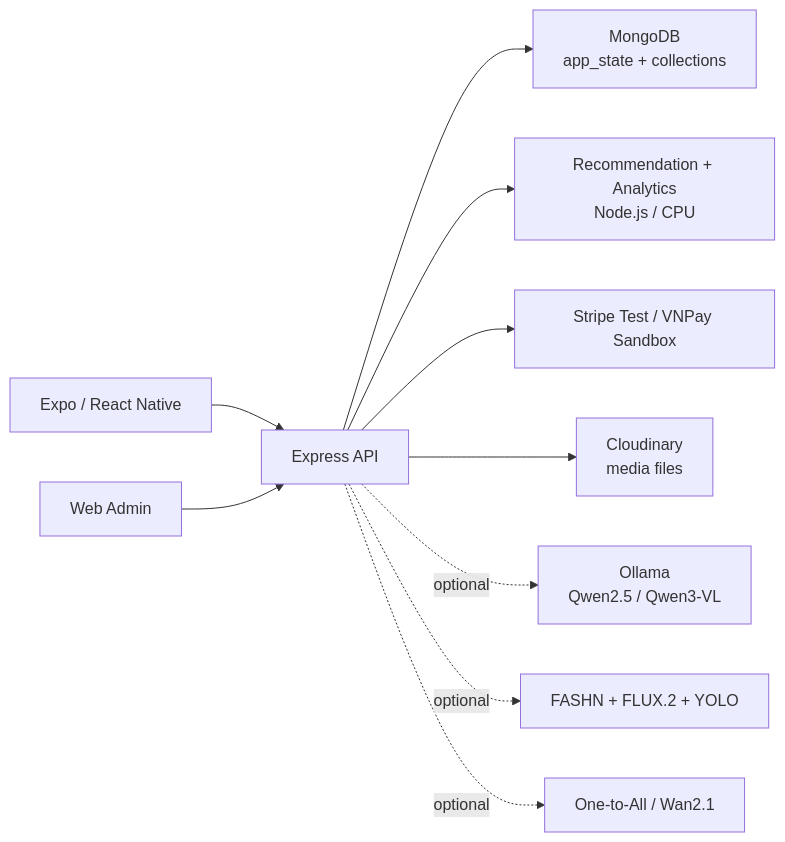
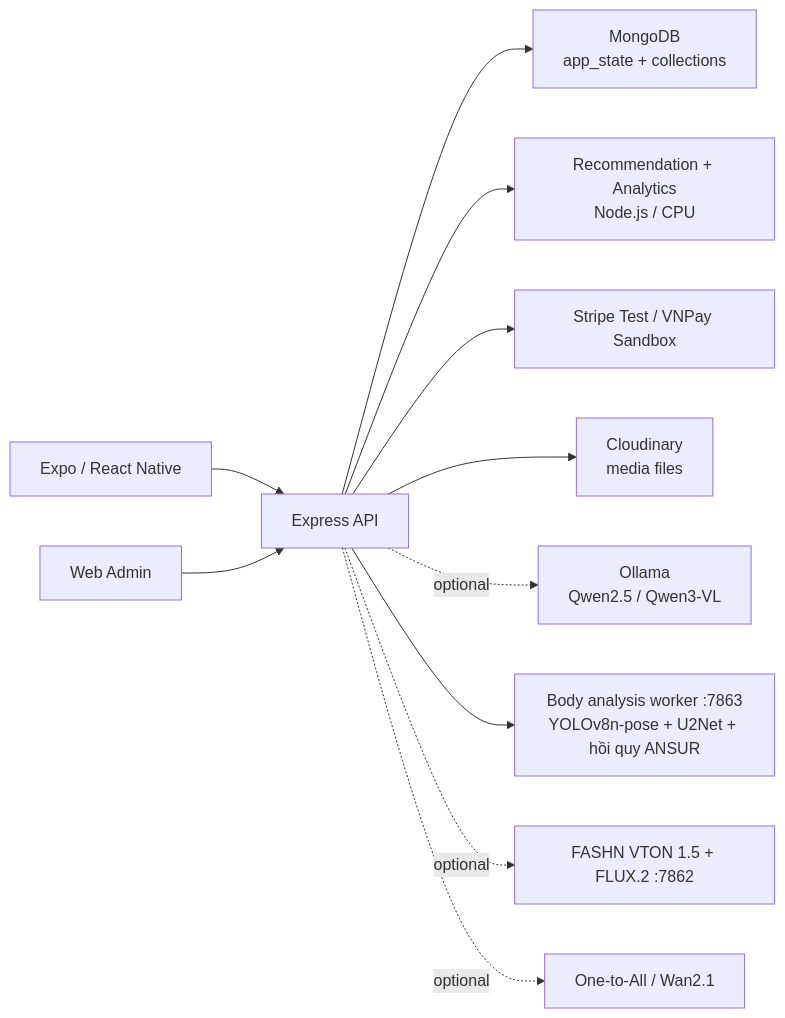
The first of 2 diagrams in README.md (minhnhatdepzai/JAPANO), drawn with Mermaid before and after one commit. The commit also changed other lines of this file and 55 other files, not shown here.

Commit message:
feat: improve body analysis, size-aware try-on and GPU pipeline

````diff
--- a/README.md
+++ b/README.md
@@ -65,14 +68,15 @@
 ```mermaid
 flowchart LR
     Mobile["Expo / React Native"] --> API["Express API"]
     Admin["Web Admin"] --> API
 
     API --> Store["MongoDB<br/>app_state + collections"]
     API --> Reco["Recommendation + Analytics<br/>Node.js / CPU"]
     API --> Payment["Stripe Test / VNPay Sandbox"]
 
     API --> Media["Cloudinary<br/>media files"]
     API -. optional .-> Ollama["Ollama<br/>Qwen2.5 / Qwen3-VL"]
-    API -. optional .-> TryOn["FASHN + FLUX.2 + YOLO"]
+    API --> Body["Body analysis worker :7863<br/>YOLOv8n-pose + U2Net + hồi quy ANSUR"]
+    API -. optional .-> TryOn["FASHN VTON 1.5 + FLUX.2 :7862"]
     API -. optional .-> Motion["One-to-All / Wan2.1"]
 ```
````
